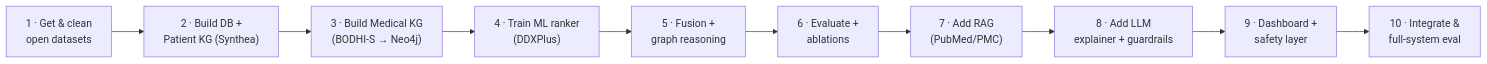
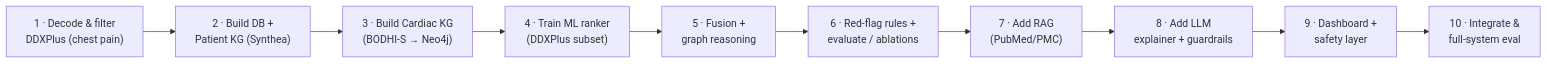
The fourth of 4 diagrams in README.md (HarshRohila02/nightingale), drawn with Mermaid before and after one commit. The commit also changed other lines of this file, not shown here.

First line of the commit message:
Rename to Nightingale and lock scope to acute chest pain

````diff
--- a/README.md
+++ b/README.md
@@ -261,12 +291,12 @@
 ```mermaid
 flowchart LR
-    S1["1 · Get & clean<br/>open datasets"] --> S2["2 · Build DB +<br/>Patient KG (Synthea)"]
-    S2 --> S3["3 · Build Medical KG<br/>(BODHI-S → Neo4j)"]
-    S3 --> S4["4 · Train ML ranker<br/>(DDXPlus)"]
+    S1["1 · Decode & filter<br/>DDXPlus (chest pain)"] --> S2["2 · Build DB +<br/>Patient KG (Synthea)"]
+    S2 --> S3["3 · Build Cardiac KG<br/>(BODHI-S → Neo4j)"]
+    S3 --> S4["4 · Train ML ranker<br/>(DDXPlus subset)"]
     S4 --> S5["5 · Fusion +<br/>graph reasoning"]
-    S5 --> S6["6 · Evaluate +<br/>ablations"]
+    S5 --> S6["6 · Red-flag rules +<br/>evaluate / ablations"]
     S6 --> S7["7 · Add RAG<br/>(PubMed/PMC)"]
     S7 --> S8["8 · Add LLM<br/>explainer + guardrails"]
     S8 --> S9["9 · Dashboard +<br/>safety layer"]
     S9 --> S10["10 · Integrate &<br/>full-system eval"]
 ```
````
